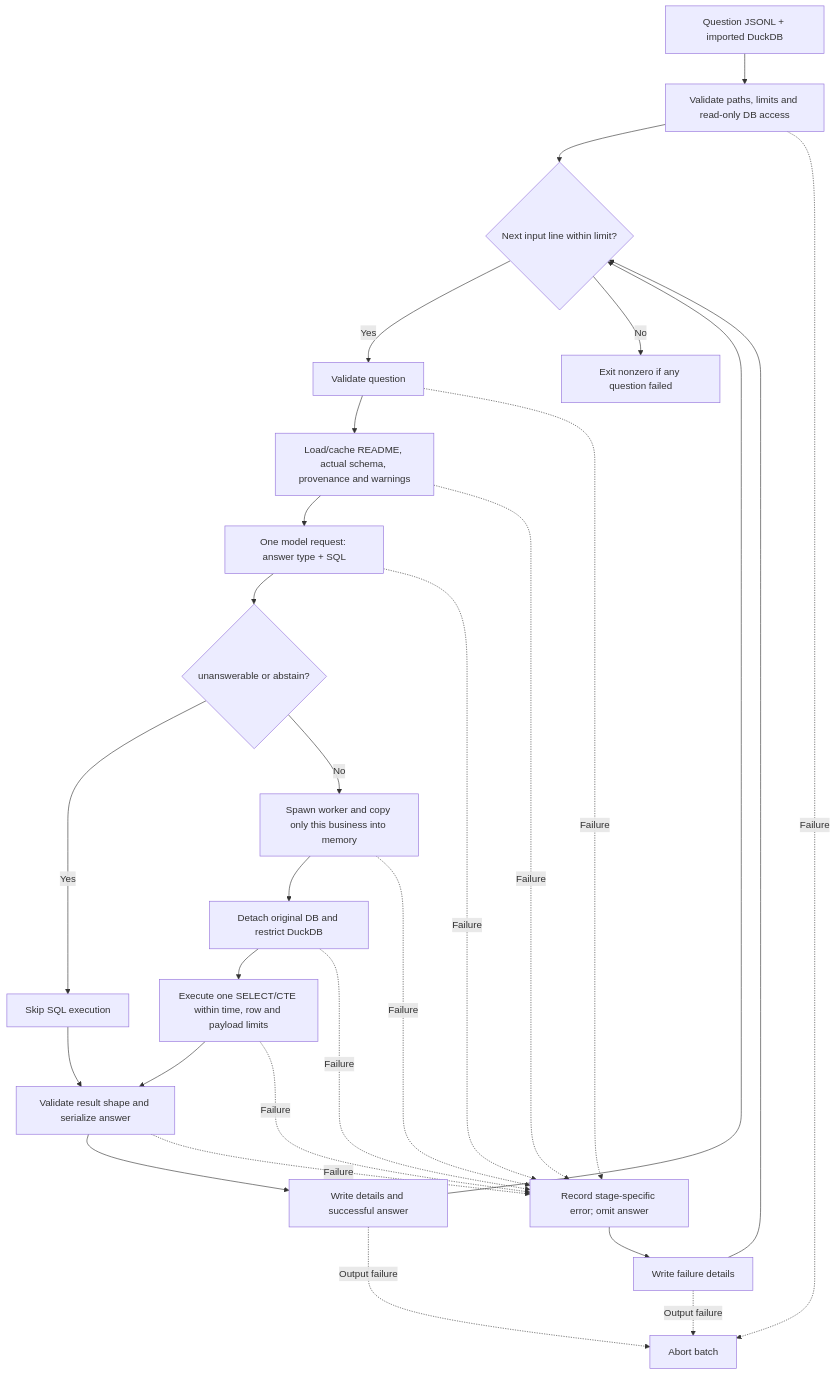
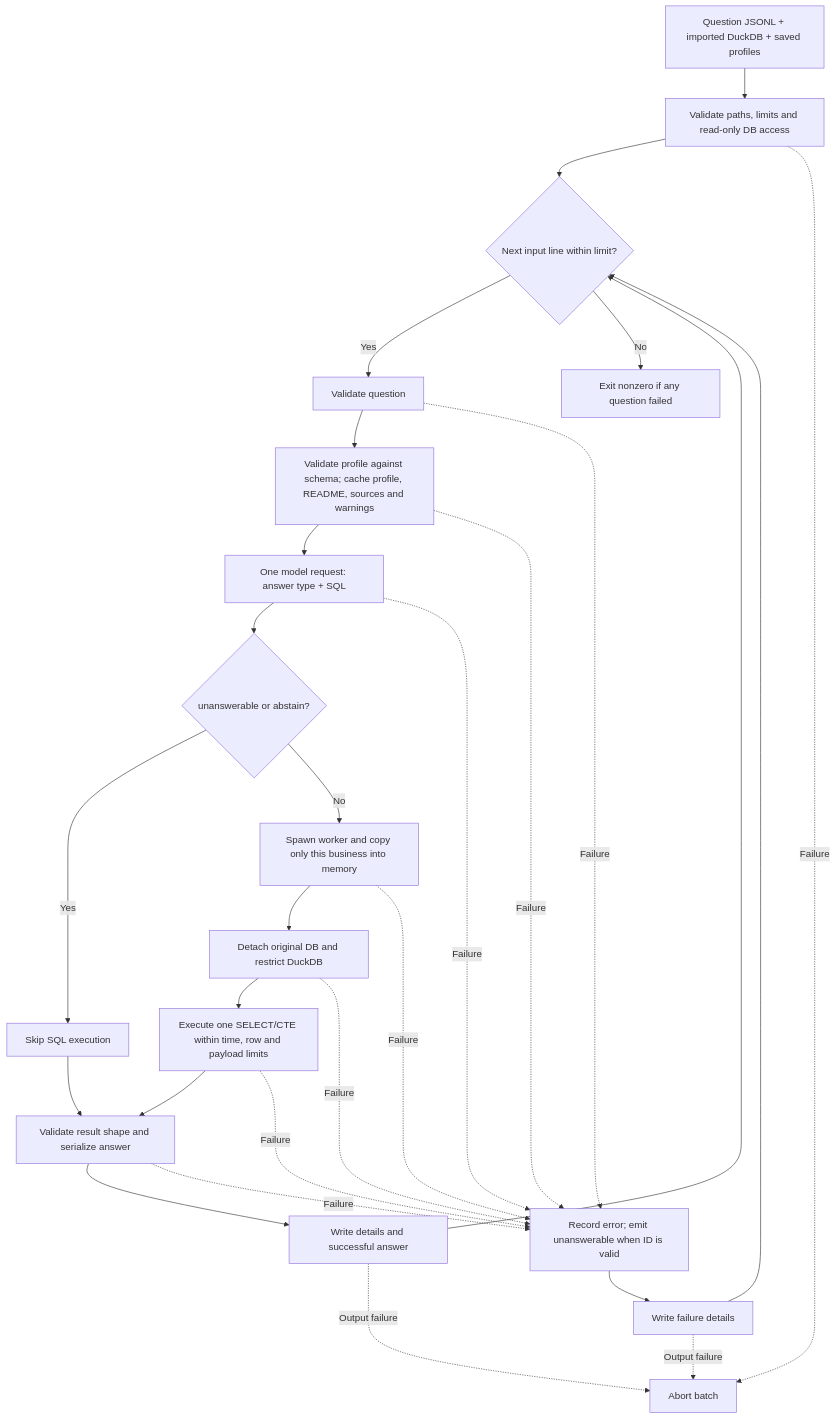
The diagram in docs/generate_sql/flow.md (ducthanhdragonvip/Zalo_Ai_DataMate), drawn with Mermaid before and after one commit. The commit also changed other lines of this file and 12 other files, not shown here.

````diff
--- a/docs/generate_sql/flow.md
+++ b/docs/generate_sql/flow.md
@@ -24,30 +33,30 @@
 ```mermaid
 flowchart TD
-    Input["Question JSONL + imported DuckDB"] --> Setup["Validate paths, limits and read-only DB access"]
+    Input["Question JSONL + imported DuckDB + saved profiles"] --> Setup["Validate paths, limits and read-only DB access"]
     Setup --> Next{"Next input line within limit?"}
     Next -->|Yes| Validate["Validate question"]
-    Validate --> Context["Load/cache README, actual schema, provenance and warnings"]
+    Validate --> Context["Validate profile against schema; cache profile, README, sources and warnings"]
     Context --> Model["One model request: answer type + SQL"]
     Model --> Type{"unanswerable or abstain?"}
     Type -->|Yes| Skip["Skip SQL execution"]
     Type -->|No| Worker["Spawn worker and copy only this business into memory"]
     Worker --> Restrict["Detach original DB and restrict DuckDB"]
     Restrict --> Execute["Execute one SELECT/CTE within time, row and payload limits"]
     Execute --> Format["Validate result shape and serialize answer"]
     Skip --> Format
     Format --> Write["Write details and successful answer"]
-    Validate -.->|Failure| Error["Record stage-specific error; omit answer"]
+    Validate -.->|Failure| Error["Record error; emit unanswerable when ID is valid"]
     Context -.->|Failure| Error
     Model -.->|Failure| Error
     Worker -.->|Failure| Error
     Restrict -.->|Failure| Error
     Execute -.->|Failure| Error
     Format -.->|Failure| Error
     Error --> Details["Write failure details"]
     Write --> Next
     Details --> Next
     Write -.->|Output failure| Abort["Abort batch"]
     Details -.->|Output failure| Abort
     Setup -.->|Failure| Abort
     Next -->|No| Exit["Exit nonzero if any question failed"]
 ```
````
